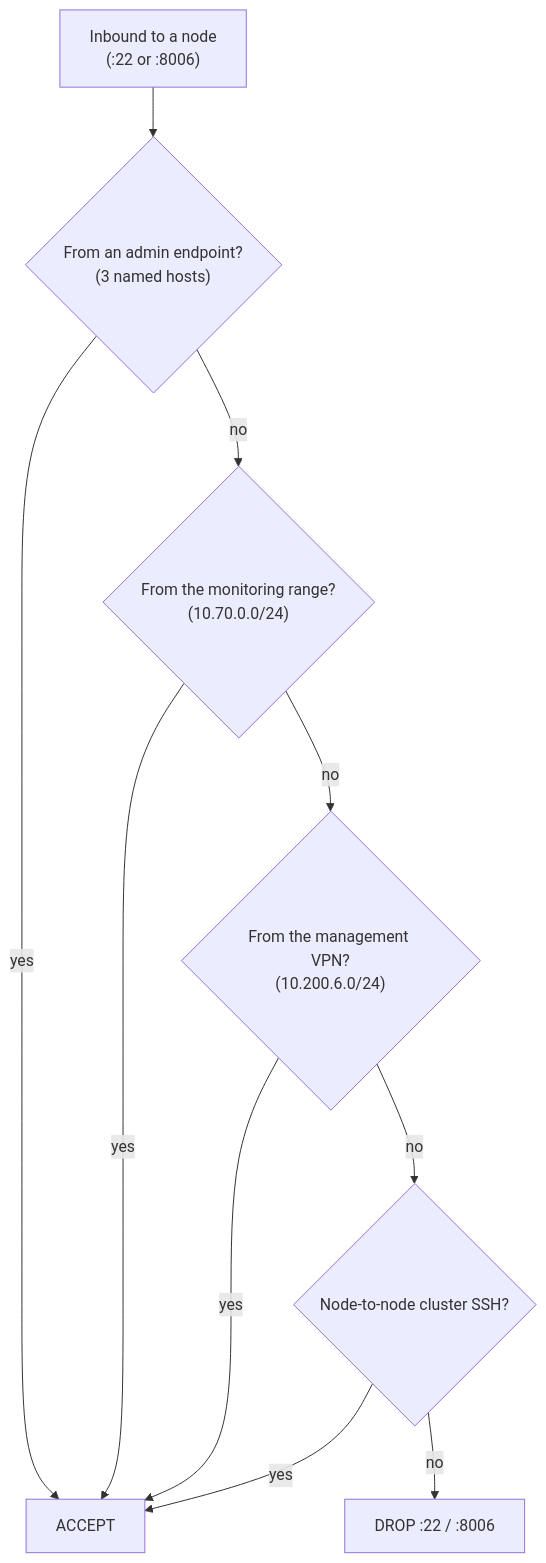
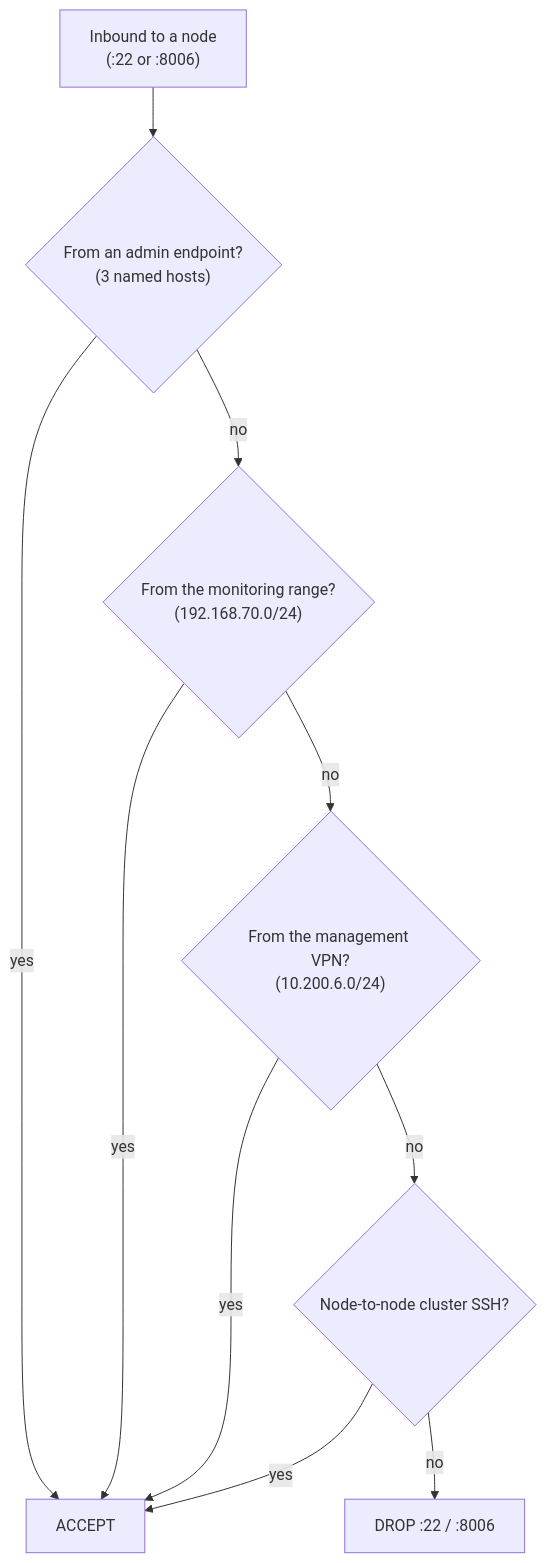
One commit to Duresa7/Labs changed the diagram in projects/05-hypervisor-host-firewall/README.md. Above: the diagram before and after it, drawn with Mermaid. The commit also changed other lines of this file and 20 other files, not shown here.

````diff
--- a/projects/05-hypervisor-host-firewall/README.md
+++ b/projects/05-hypervisor-host-firewall/README.md
@@ -9,20 +9,20 @@
 ```mermaid
 flowchart TD
     PKT["Inbound to a node<br/>(:22 or :8006)"]
     ADMIN{"From an admin endpoint?<br/>(3 named hosts)"}
-    MON{"From the monitoring range?<br/>(10.70.0.0/24)"}
+    MON{"From the monitoring range?<br/>(192.168.70.0/24)"}
     VPN{"From the management VPN?<br/>(10.200.6.0/24)"}
     CLU{"Node-to-node cluster SSH?"}
     OK["ACCEPT"]
     NO["DROP :22 / :8006"]
 
     PKT --> ADMIN
     ADMIN -->|yes| OK
     ADMIN -->|no| MON
     MON -->|yes| OK
     MON -->|no| VPN
     VPN -->|yes| OK
     VPN -->|no| CLU
     CLU -->|yes| OK
     CLU -->|no| NO
 ```
````
